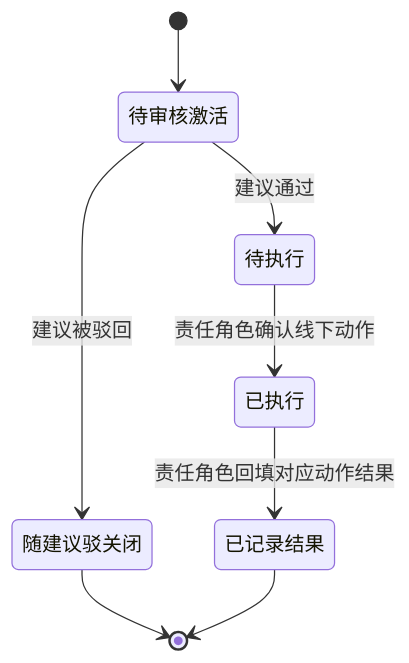
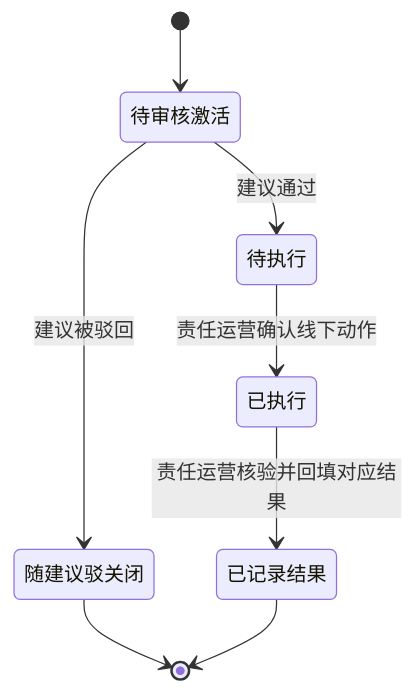
The sixth of 7 diagrams in 趣然AI商品经营利润决策助手/output/PRD详细版.md (johnsonsmilequran/profit-decision-engine), drawn with Mermaid before and after one commit. The commit also changed other lines of this file and 31 other files, not shown here.

````diff
--- a/趣然AI商品经营利润决策助手/output/PRD详细版.md
+++ b/趣然AI商品经营利润决策助手/output/PRD详细版.md
@@ -1008,10 +1022,10 @@
 ```mermaid
 stateDiagram-v2
     [*] --> 待审核激活
     待审核激活 --> 随建议驳关闭: 建议被驳回
     待审核激活 --> 待执行: 建议通过
-    待执行 --> 已执行: 责任角色确认线下动作
-    已执行 --> 已记录结果: 责任角色回填对应动作结果
+    待执行 --> 已执行: 责任运营确认线下动作
+    已执行 --> 已记录结果: 责任运营核验并回填对应结果
     随建议驳关闭 --> [*]
     已记录结果 --> [*]
 ```
````
